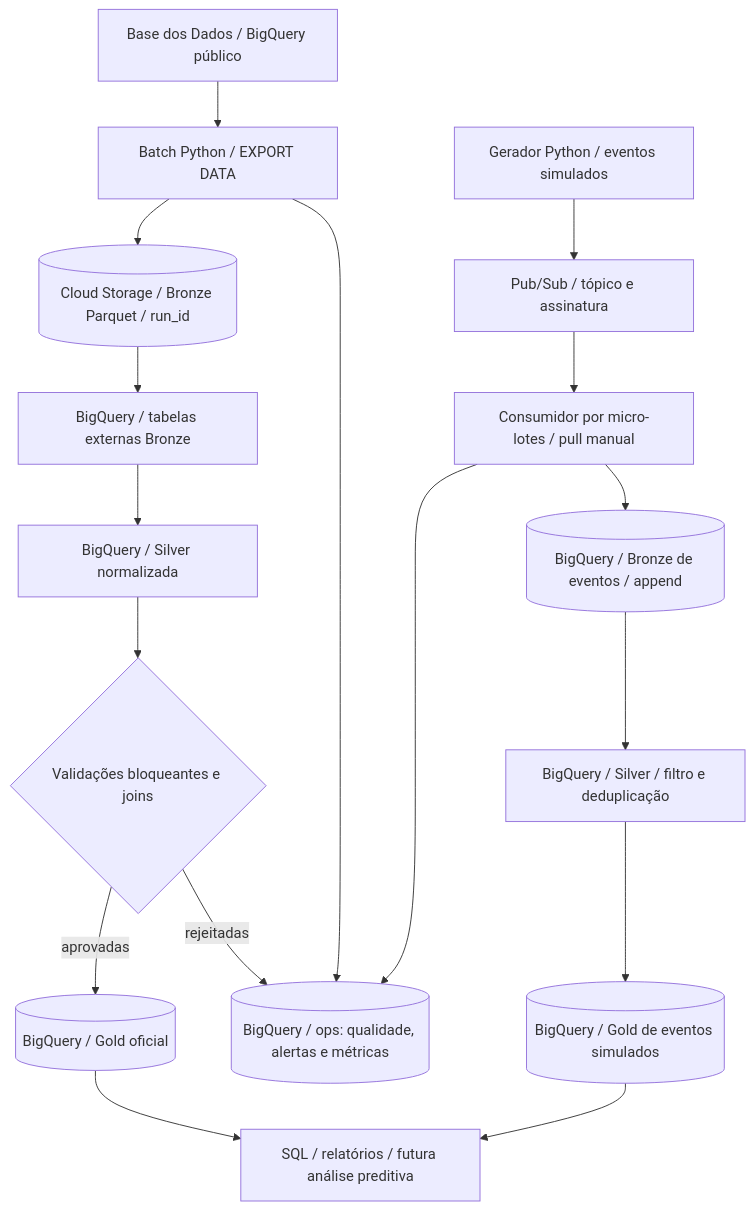
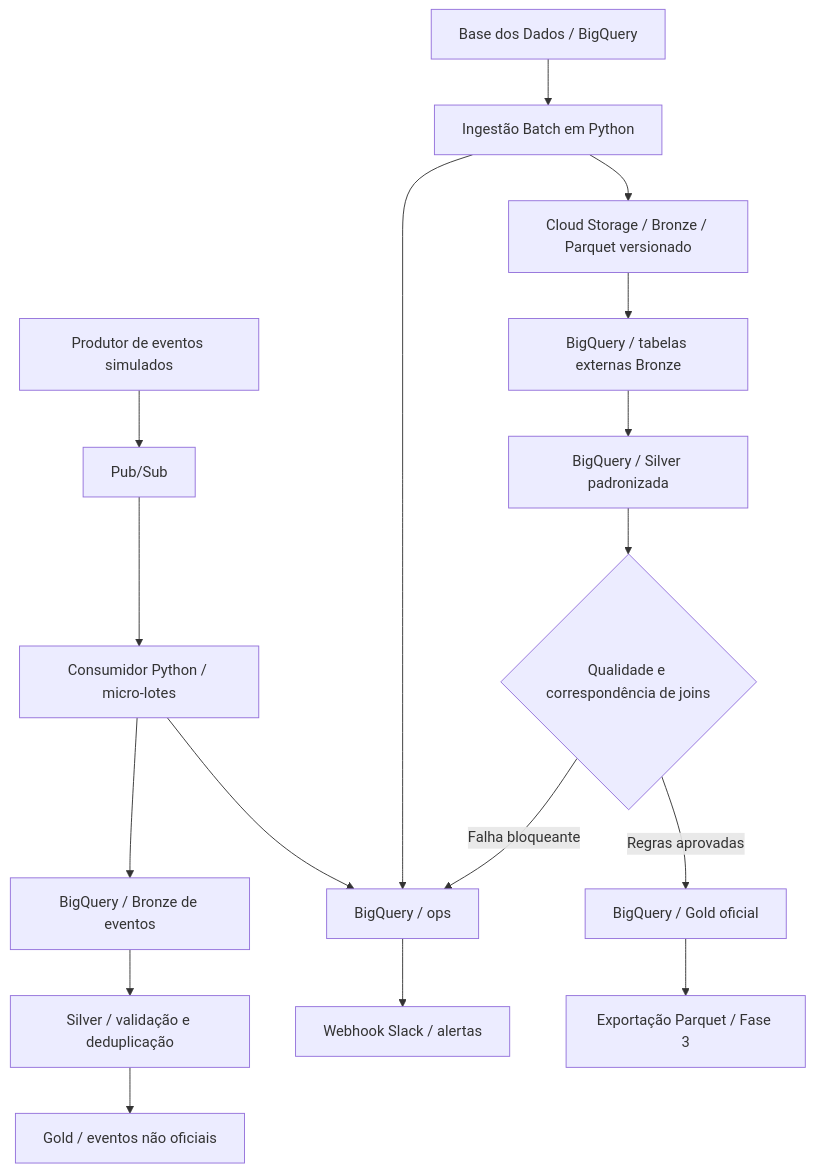
The diagram in README.md (fabiovmat/fiap-projeto_fase2_entrega), drawn with Mermaid before and after one commit. The commit also changed other lines of this file, not shown here.

````diff
--- a/README.md
+++ b/README.md
@@ -48,19 +33,19 @@
-```mermaid
+~~~mermaid
 flowchart TD
-    S[Base dos Dados / BigQuery público] --> B[Batch Python / EXPORT DATA]
-    B --> BR[(Cloud Storage / Bronze Parquet / run_id)]
-    BR --> BX[BigQuery / tabelas externas Bronze]
-    BX --> SI[BigQuery / Silver normalizada]
-    SI --> Q{Validações bloqueantes e joins}
-    Q -- aprovadas --> GO[(BigQuery / Gold oficial)]
-    Q -- rejeitadas --> OP[(BigQuery / ops: qualidade, alertas e métricas)]
-    P[Gerador Python / eventos simulados] --> PS[Pub/Sub / tópico e assinatura]
-    PS --> C[Consumidor por micro-lotes / pull manual]
-    C --> BE[(BigQuery / Bronze de eventos / append)]
-    BE --> SE[BigQuery / Silver / filtro e deduplicação]
-    SE --> GE[(BigQuery / Gold de eventos simulados)]
-    GO --> A[SQL / relatórios / futura análise preditiva]
-    GE --> A
+    F[Base dos Dados / BigQuery] --> B[Ingestão Batch em Python]
+    B --> GCS[Cloud Storage / Bronze / Parquet versionado]
+    GCS --> BR[BigQuery / tabelas externas Bronze]
+    BR --> SI[BigQuery / Silver padronizada]
+    SI --> Q{Qualidade e correspondência de joins}
+    Q -->|Regras aprovadas| GO[BigQuery / Gold oficial]
+    Q -->|Falha bloqueante| OP[BigQuery / ops]
+    P[Produtor de eventos simulados] --> PS[Pub/Sub]
+    PS --> C[Consumidor Python / micro-lotes]
+    C --> BE[BigQuery / Bronze de eventos]
+    BE --> SE[Silver / validação e deduplicação]
+    SE --> GE[Gold / eventos não oficiais]
     B --> OP
     C --> OP
-```
+    OP --> SL[Webhook Slack / alertas]
+    GO --> EX[Exportação Parquet / Fase 3]
+~~~
````
